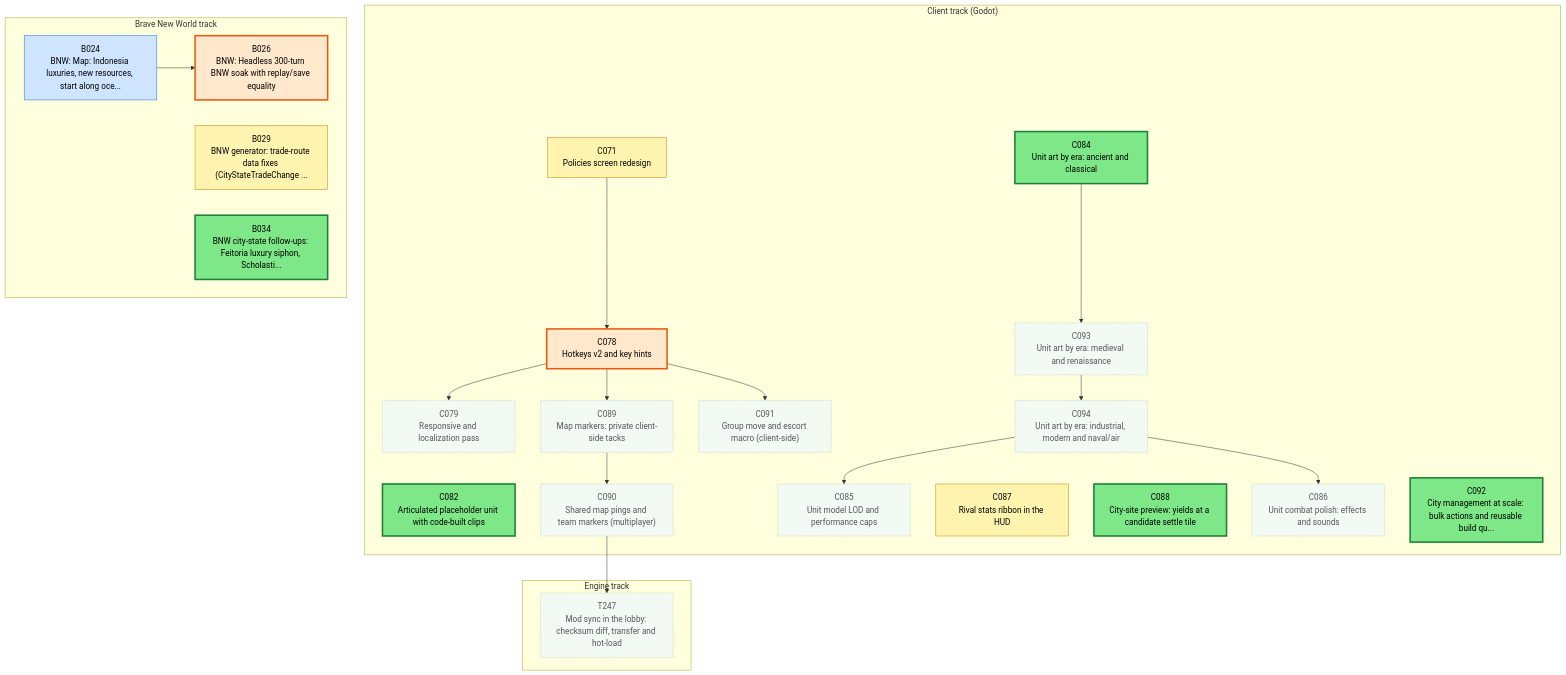
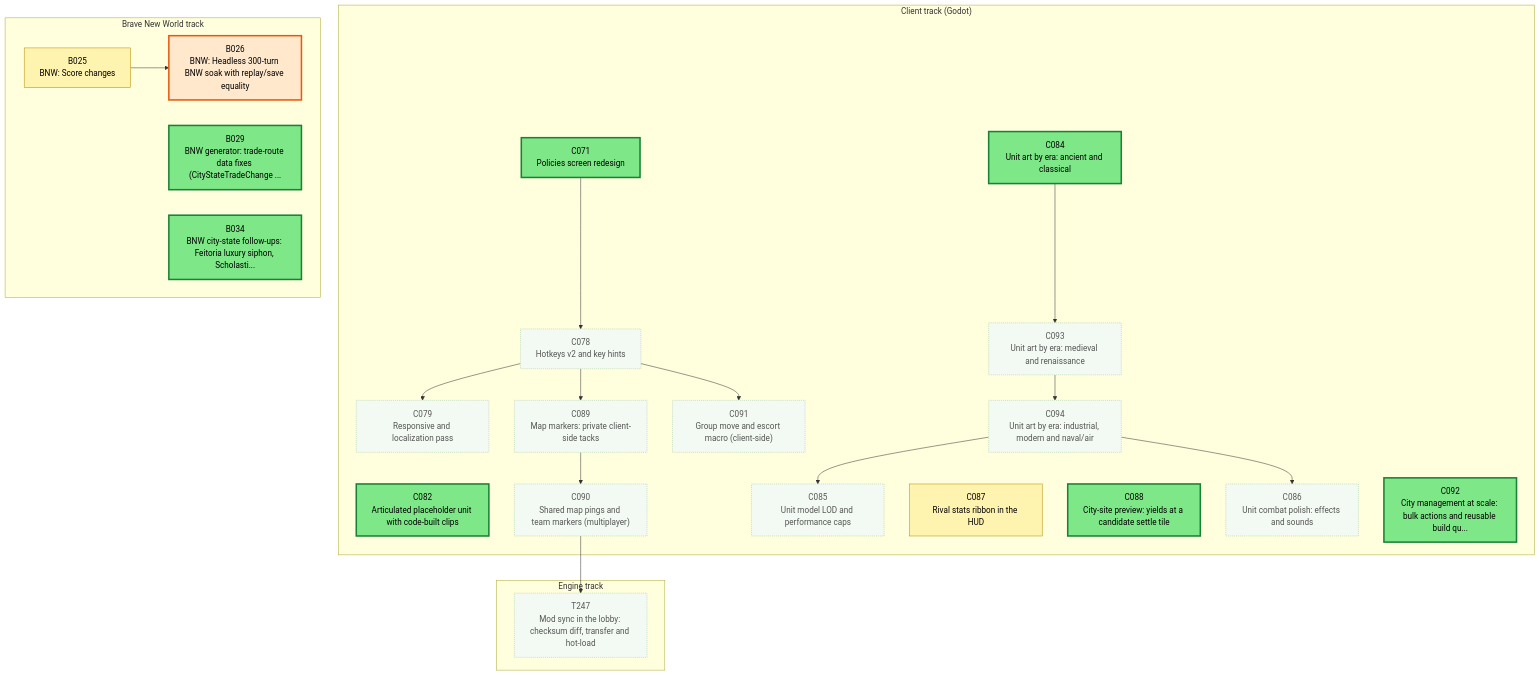
Before and after one commit to Kenmura/Unciv: the first of 3 diagrams in csharp/migration/DEPENDENCY_MAP.md, drawn with Mermaid. The commit also changed other lines of this file and 1 other file, not shown here.

Commit message:
migration: review B024 pass [Adversarial Review]

````diff
--- a/csharp/migration/DEPENDENCY_MAP.md
+++ b/csharp/migration/DEPENDENCY_MAP.md
@@ -25,67 +25,67 @@
 ```mermaid
 flowchart TD
   subgraph TTRACK["Engine track"]
     T247["T247<br/>Mod sync in the lobby: checksum diff, transfer and hot-load"]
   end
   subgraph CTRACK["Client track (Godot)"]
     C071["C071<br/>Policies screen redesign"]
     C078["C078<br/>Hotkeys v2 and key hints"]
     C079["C079<br/>Responsive and localization pass"]
     C082["C082<br/>Articulated placeholder unit with code-built clips"]
     C084["C084<br/>Unit art by era: ancient and classical"]
     C085["C085<br/>Unit model LOD and performance caps"]
     C086["C086<br/>Unit combat polish: effects and sounds"]
     C087["C087<br/>Rival stats ribbon in the HUD"]
     C088["C088<br/>City-site preview: yields at a candidate settle tile"]
     C089["C089<br/>Map markers: private client-side tacks"]
     C090["C090<br/>Shared map pings and team markers (multiplayer)"]
     C091["C091<br/>Group move and escort macro (client-side)"]
     C092["C092<br/>City management at scale: bulk actions and reusable build qu..."]
     C093["C093<br/>Unit art by era: medieval and renaissance"]
     C094["C094<br/>Unit art by era: industrial, modern and naval/air"]
   end
   subgraph BTRACK["Brave New World track"]
-    B024["B024<br/>BNW: Map: Indonesia luxuries, new resources, start along oce..."]
+    B025["B025<br/>BNW: Score changes"]
     B026["B026<br/>BNW: Headless 300-turn BNW soak with replay/save equality"]
     B029["B029<br/>BNW generator: trade-route data fixes (CityStateTradeChange ..."]
     B034["B034<br/>BNW city-state follow-ups: Feitoria luxury siphon, Scholasti..."]
   end
   C090 --> T247
   C071 --> C078
   C078 --> C079
   C094 --> C085
   C094 --> C086
   C078 --> C089
   C089 --> C090
   C078 --> C091
   C084 --> C093
   C093 --> C094
-  B024 --> B026
+  B025 --> B026
   classDef waiting fill:#f3faf3,stroke:#9bc49b,color:#555,stroke-dasharray:2 2
   classDef ondeck fill:#ffe8cc,stroke:#e8590c,stroke-width:3px,color:#000
   classDef ready fill:#7ee787,stroke:#1a7f37,stroke-width:3px,color:#000
   classDef prog fill:#fff3b0,stroke:#b58900,color:#000
   classDef review fill:#cfe4ff,stroke:#1f6feb,color:#000
   classDef blocked fill:#ffd6d6,stroke:#c62828,color:#000
   classDef done fill:#eeeeee,stroke:#999999,color:#666,stroke-dasharray:4 3
-  class B024 review
+  class B025 prog
   class B026 ondeck
-  class B029 prog
+  class B029 ready
   class B034 ready
-  class C071 prog
-  class C078 ondeck
+  class C071 ready
+  class C078 waiting
   class C079 waiting
   class C082 ready
   class C084 ready
   class C085 waiting
   class C086 waiting
   class C087 prog
   class C088 ready
   class C089 waiting
   class C090 waiting
   class C091 waiting
   class C092 ready
   class C093 waiting
   class C094 waiting
   class T247 waiting
 ```
````
